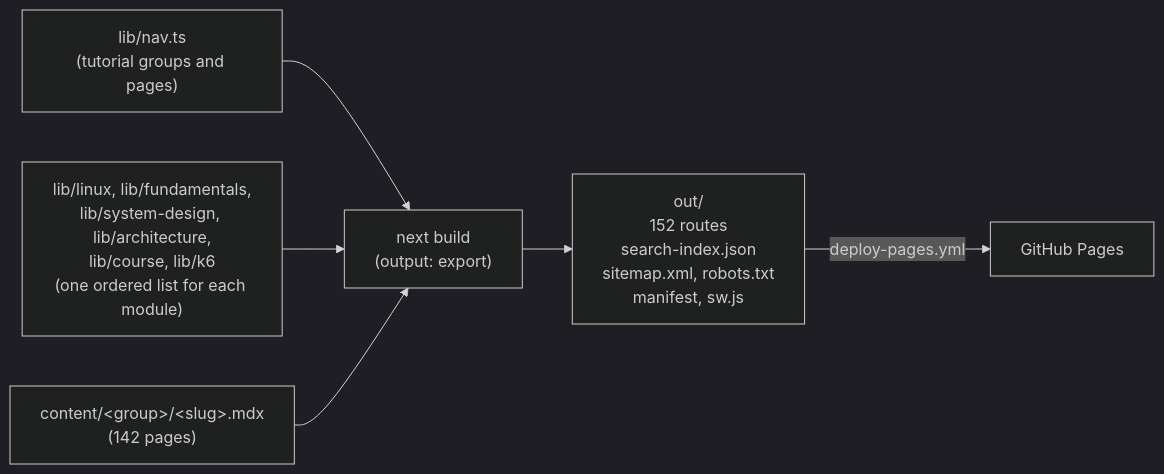
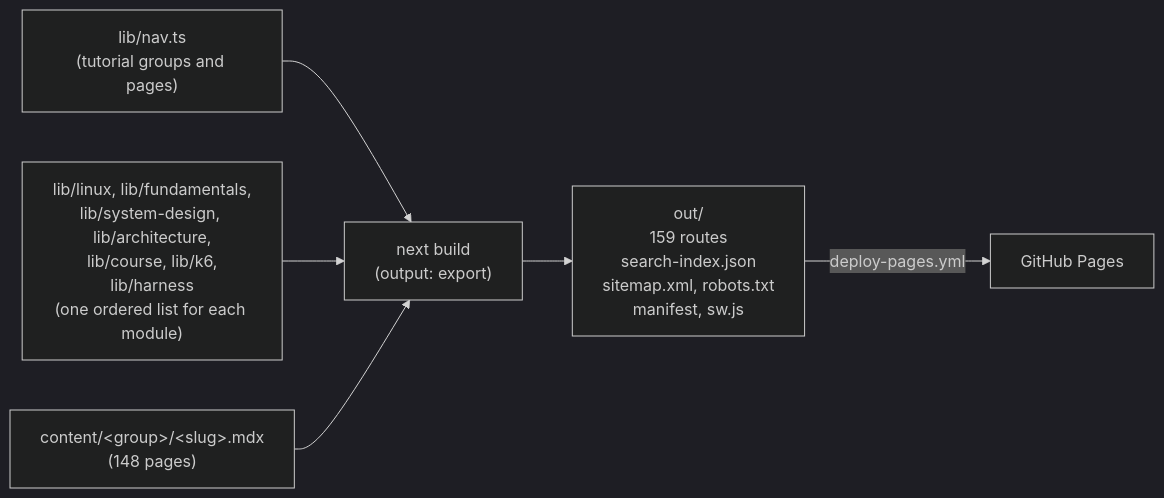
One commit to kawsar-95/ai-testing-guide changed the diagram in docs/ARCHITECTURE.md. Above: the diagram before and after it, drawn with Mermaid (dark theme). The commit also changed other lines of this file and 58 other files, not shown here.

First line of the commit message:
feat(harness): add the AI Harnesses module with 6 topics

````diff
--- a/docs/ARCHITECTURE.md
+++ b/docs/ARCHITECTURE.md
@@ -9,15 +9,15 @@
 ```mermaid
 flowchart LR
   nav["lib/nav.ts<br/>(tutorial groups and pages)"]
-  mods["lib/linux, lib/fundamentals,<br/>lib/system-design, lib/architecture,<br/>lib/course, lib/k6<br/>(one ordered list for each module)"]
-  mdx["content/&lt;group&gt;/&lt;slug&gt;.mdx<br/>(142 pages)"]
+  mods["lib/linux, lib/fundamentals,<br/>lib/system-design, lib/architecture,<br/>lib/course, lib/k6,<br/>lib/harness<br/>(one ordered list for each module)"]
+  mdx["content/&lt;group&gt;/&lt;slug&gt;.mdx<br/>(148 pages)"]
   build["next build<br/>(output: export)"]
-  out["out/<br/>152 routes<br/>search-index.json<br/>sitemap.xml, robots.txt<br/>manifest, sw.js"]
+  out["out/<br/>159 routes<br/>search-index.json<br/>sitemap.xml, robots.txt<br/>manifest, sw.js"]
   pages["GitHub Pages"]
 
   nav --> build
   mods --> build
   mdx --> build
   build --> out
   out -->|deploy-pages.yml| pages
 ```
````
